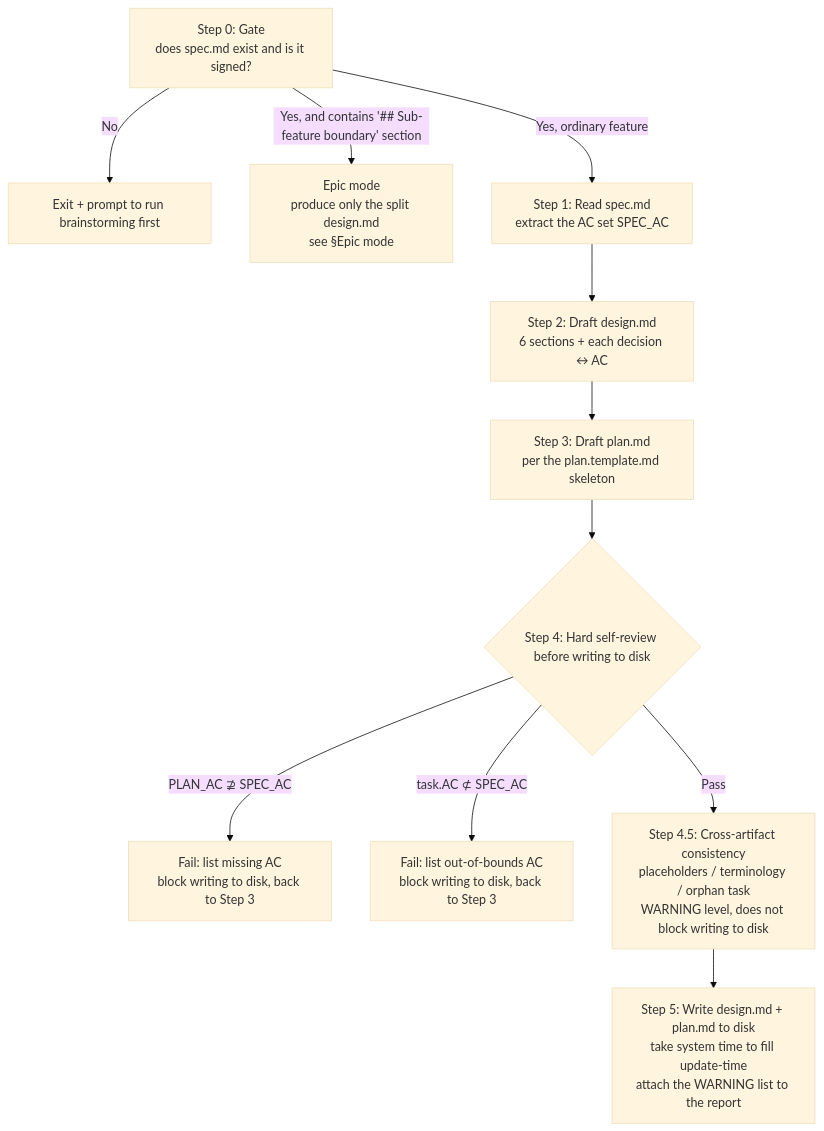
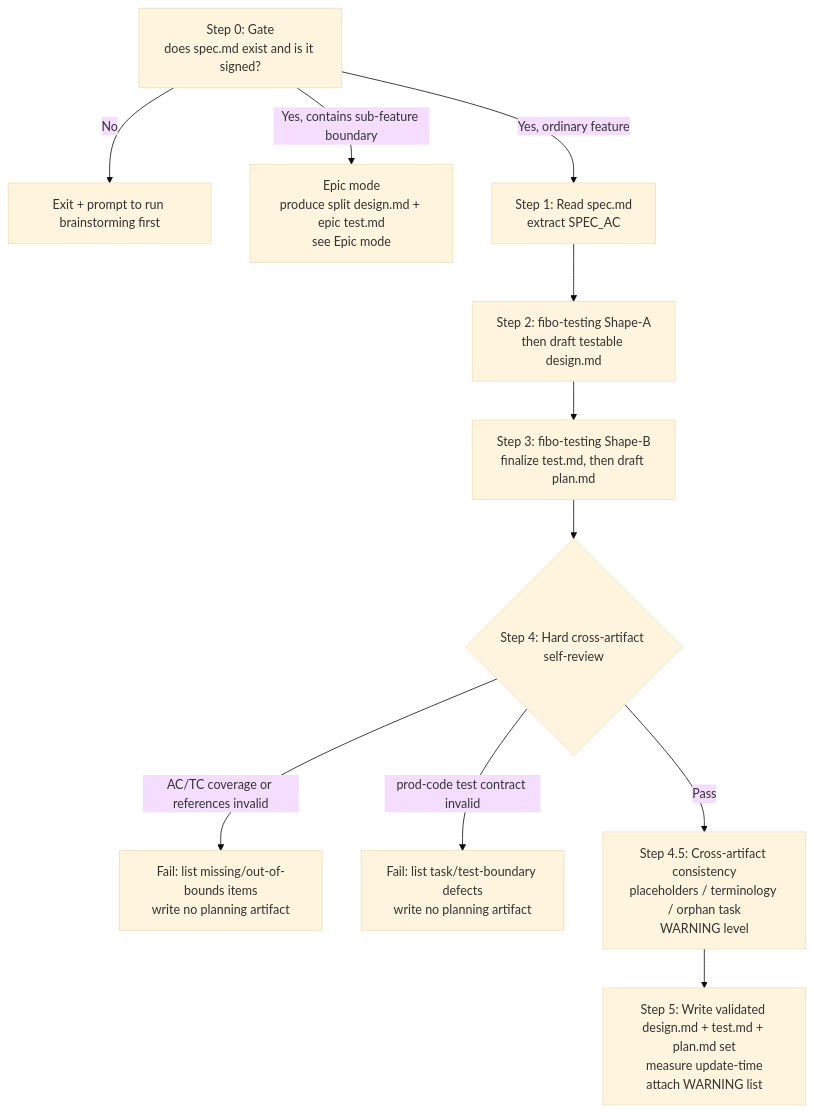
The first of 5 diagrams in fibo-writing-plan/SKILL.md (Alenkz12/FiboSkills), drawn with Mermaid (base theme) before and after one commit. The commit also changed other lines of this file and 96 other files, not shown here.

````diff
--- a/fibo-writing-plan/SKILL.md
+++ b/fibo-writing-plan/SKILL.md
@@ -41,13 +44,13 @@
 ```mermaid
 flowchart TD
-  S0[Step 0: Gate<br/>does spec.md exist and is it signed?] -->|No| ABORT[Exit + prompt to run brainstorming first]
-  S0 -->|Yes, and contains '## Sub-feature boundary' section| EPIC[Epic mode<br/>produce only the split design.md<br/>see §Epic mode]
-  S0 -->|Yes, ordinary feature| S1[Step 1: Read spec.md<br/>extract the AC set SPEC_AC]
-  S1 --> S2[Step 2: Draft design.md<br/>6 sections + each decision ↔ AC]
-  S2 --> S3[Step 3: Draft plan.md<br/>per the plan.template.md skeleton]
-  S3 --> S4{Step 4: Hard self-review before writing to disk}
-  S4 -->|PLAN_AC ⊉ SPEC_AC| F1[Fail: list missing AC<br/>block writing to disk, back to Step 3]
-  S4 -->|task.AC ⊄ SPEC_AC| F2[Fail: list out-of-bounds AC<br/>block writing to disk, back to Step 3]
-  S4 -->|Pass| S45[Step 4.5: Cross-artifact consistency<br/>placeholders / terminology / orphan task<br/>WARNING level, does not block writing to disk]
-  S45 --> S5[Step 5: Write design.md + plan.md to disk<br/>take system time to fill update-time<br/>attach the WARNING list to the report]
+  spec_gate_001["Step 0: Gate<br/>does spec.md exist and is it signed?"] -->|No| planning_abort_002["Exit + prompt to run brainstorming first"]
+  spec_gate_001 -->|"Yes, contains sub-feature boundary"| epic_mode_003["Epic mode<br/>produce split design.md + epic test.md<br/>see Epic mode"]
+  spec_gate_001 -->|Yes, ordinary feature| extract_ac_004["Step 1: Read spec.md<br/>extract SPEC_AC"]
+  extract_ac_004 --> shape_acceptance_005["Step 2: fibo-testing Shape-A<br/>then draft testable design.md"]
+  shape_acceptance_005 --> shape_realization_006["Step 3: fibo-testing Shape-B<br/>finalize test.md, then draft plan.md"]
+  shape_realization_006 --> hard_review_007{"Step 4: Hard cross-artifact self-review"}
+  hard_review_007 -->|AC/TC coverage or references invalid| coverage_failure_008["Fail: list missing/out-of-bounds items<br/>write no planning artifact"]
+  hard_review_007 -->|prod-code test contract invalid| contract_failure_009["Fail: list task/test-boundary defects<br/>write no planning artifact"]
+  hard_review_007 -->|Pass| soft_review_010["Step 4.5: Cross-artifact consistency<br/>placeholders / terminology / orphan task<br/>WARNING level"]
+  soft_review_010 --> write_set_011["Step 5: Write validated design.md + test.md + plan.md set<br/>measure update-time<br/>attach WARNING list"]
 ```
````
